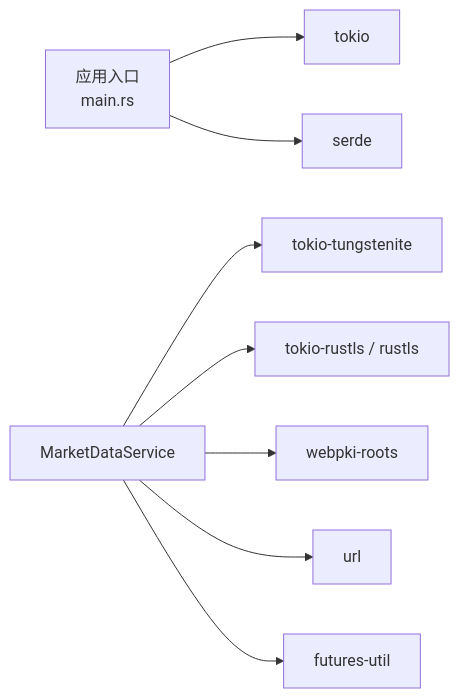
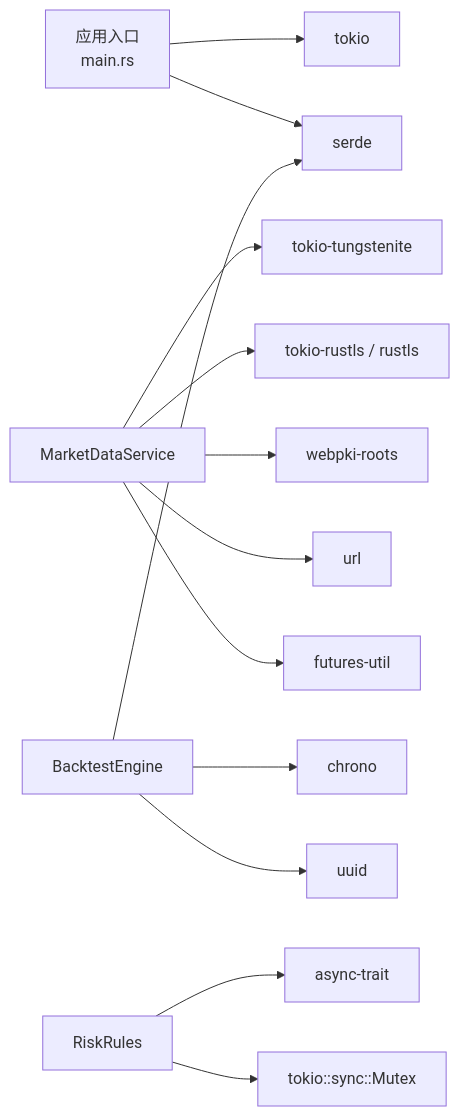
One commit to Heres1/binanceWebsocket changed the sixth of 6 diagrams in .qoder/repowiki/zh/content/部署运维/部署配置.md. Above: the diagram before and after it, drawn with Mermaid. The commit also changed other lines of this file and 14 other files, not shown here.

````diff
--- a/.qoder/repowiki/zh/content/部署运维/部署配置.md
+++ b/.qoder/repowiki/zh/content/部署运维/部署配置.md
@@ -177,10 +358,15 @@
 ```mermaid
 graph LR
 App["应用入口<br/>main.rs"] --> Tokio["tokio"]
 App --> Serde["serde"]
 MDS["MarketDataService"] --> Tungstenite["tokio-tungstenite"]
 MDS --> Rustls["tokio-rustls / rustls"]
 MDS --> Webpki["webpki-roots"]
 MDS --> Url["url"]
 MDS --> Futures["futures-util"]
+BT["BacktestEngine"] --> Serde
+BT --> Chrono["chrono"]
+BT --> UUID["uuid"]
+Risk["RiskRules"] --> AsyncTrait["async-trait"]
+Risk --> Mutex["tokio::sync::Mutex"]
 ```
````
